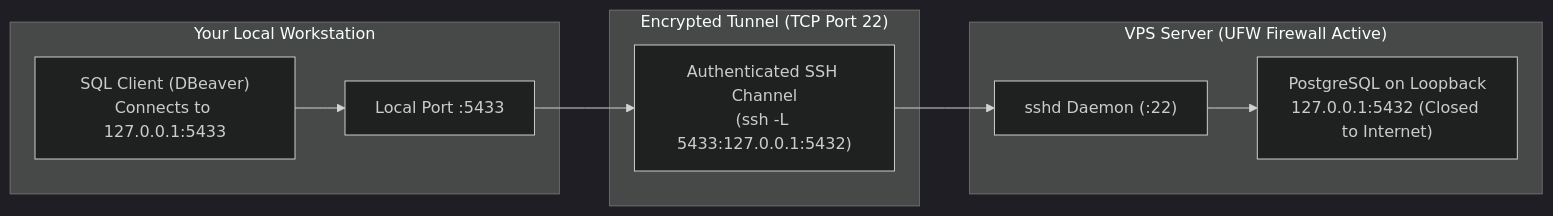
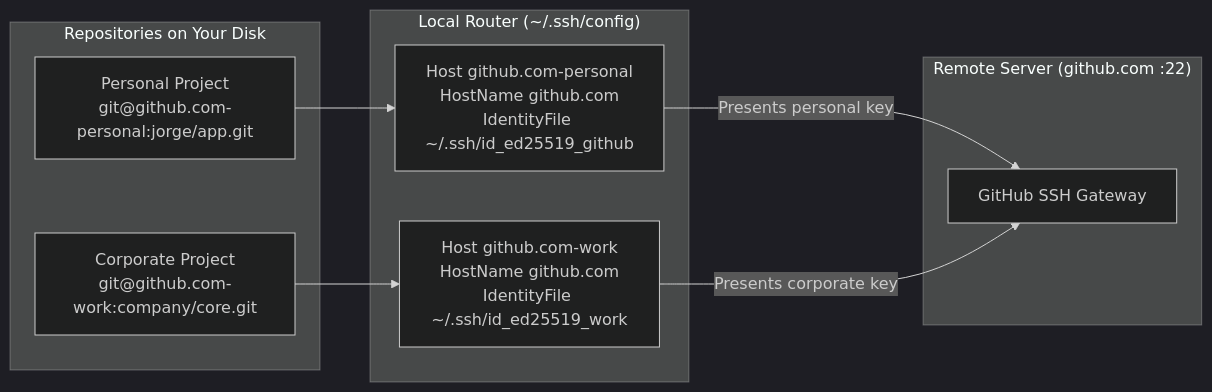
The third of 3 diagrams in frontend/web/src/app/(doiceladev)/entities/tutorials/drafts/en.configuracion-ssh-claves-ed25519-alias-tuneles.md (JorgeDoicela/jorge_doicela), drawn with Mermaid (dark theme) before and after one commit. The commit also changed other lines of this file and 7 other files, not shown here.

````diff
--- a/frontend/web/src/app/(doiceladev)/entities/tutorials/drafts/en.configuracion-ssh-claves-ed25519-alias-tuneles.md
+++ b/frontend/web/src/app/(doiceladev)/entities/tutorials/drafts/en.configuracion-ssh-claves-ed25519-alias-tuneles.md
@@ -246,21 +433,21 @@
 ```mermaid
 flowchart LR
-    subgraph Laptop ["Your Local Workstation"]
-        GUI["SQL Client (DBeaver)\nConnects to 127.0.0.1:5433"]
-        LocalPort["Local Port :5433"]
+    subgraph GitRepos ["Repositories on Your Disk"]
+        RepoA["Personal Project\ngit@github.com-personal:jorge/app.git"]
+        RepoB["Corporate Project\ngit@github.com-work:company/core.git"]
     end
 
-    subgraph EncryptedTunnel ["Encrypted Tunnel (TCP Port 22)"]
-        SSHTunnel["Authenticated SSH Channel\n(ssh -L 5433:127.0.0.1:5432)"]
+    subgraph SSHConfig ["Local Router (~/.ssh/config)"]
+        HostA["Host github.com-personal\nHostName github.com\nIdentityFile ~/.ssh/id_ed25519_github"]
+        HostB["Host github.com-work\nHostName github.com\nIdentityFile ~/.ssh/id_ed25519_work"]
     end
 
-    subgraph VPS ["VPS Server (UFW Firewall Active)"]
-        SSHD["sshd Daemon (:22)"]
-        LoopbackDB["PostgreSQL on Loopback\n127.0.0.1:5432 (Closed to Internet)"]
+    subgraph GitHubCloud ["Remote Server (github.com :22)"]
+        GH["GitHub SSH Gateway"]
     end
 
-    GUI --> LocalPort
-    LocalPort --> SSHTunnel
-    SSHTunnel --> SSHD
-    SSHD --> LoopbackDB
+    RepoA --> HostA
+    RepoB --> HostB
+    HostA -- "Presents personal key" --> GH
+    HostB -- "Presents corporate key" --> GH
 ```
````
